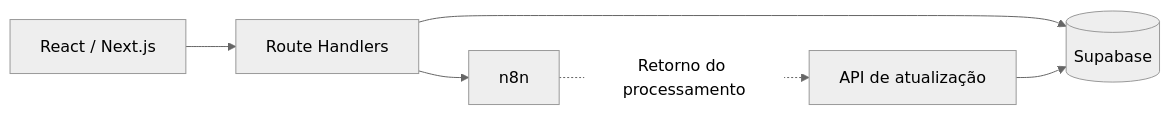
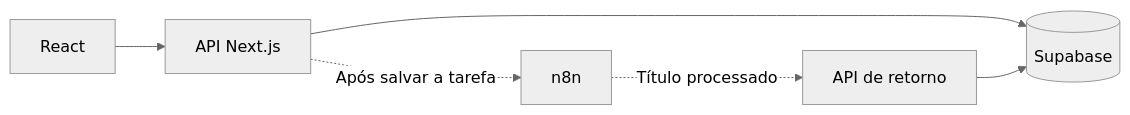
The diagram in README.md (Dropisx/todo-list), drawn with Mermaid (neutral theme) before and after one commit. The commit also changed other lines of this file, not shown here.

````diff
--- a/README.md
+++ b/README.md
@@ -21,8 +13,8 @@
 ```mermaid
 flowchart LR
-  UI[React / Next.js] --> API[Route Handlers]
+  UI[React] --> API[API Next.js]
   API --> DB[(Supabase)]
-  API --> N8N[n8n]
-  N8N -. Retorno do processamento .-> Callback[API de atualização]
+  API -. Após salvar a tarefa .-> N8N[n8n]
+  N8N -. Título processado .-> Callback[API de retorno]
   Callback --> DB
 ```
````
